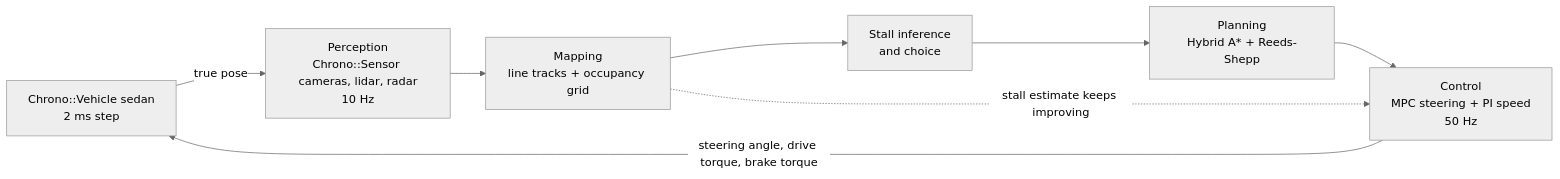
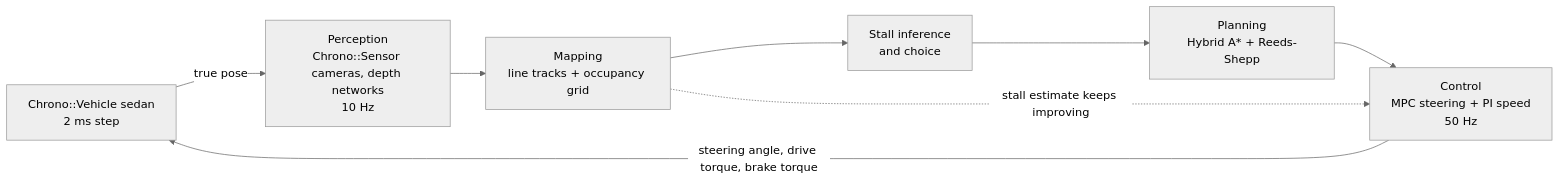
One commit to ksha23/chrono-parking changed the diagram in README.md. Above: the diagram before and after it, drawn with Mermaid (neutral theme). The commit also changed other lines of this file and 17 other files, not shown here.

First line of the commit message:
Realistic sensor rig: stereo depth from IGEV++, no depth camera

````diff
--- a/README.md
+++ b/README.md
@@ -72,10 +84,10 @@
 ```mermaid
 flowchart LR
-    V["Chrono::Vehicle sedan<br/>2 ms step"] -->|true pose| P["Perception<br/>Chrono::Sensor cameras, lidar, radar<br/>10 Hz"]
+    V["Chrono::Vehicle sedan<br/>2 ms step"] -->|true pose| P["Perception<br/>Chrono::Sensor cameras, depth networks<br/>10 Hz"]
     P --> M["Mapping<br/>line tracks + occupancy grid"]
     M --> D["Stall inference<br/>and choice"]
     D --> PL["Planning<br/>Hybrid A* + Reeds-Shepp"]
     PL --> C["Control<br/>MPC steering + PI speed<br/>50 Hz"]
     C -->|"steering angle, drive torque, brake torque"| V
     M -. "stall estimate keeps improving" .-> C
 ```
````
